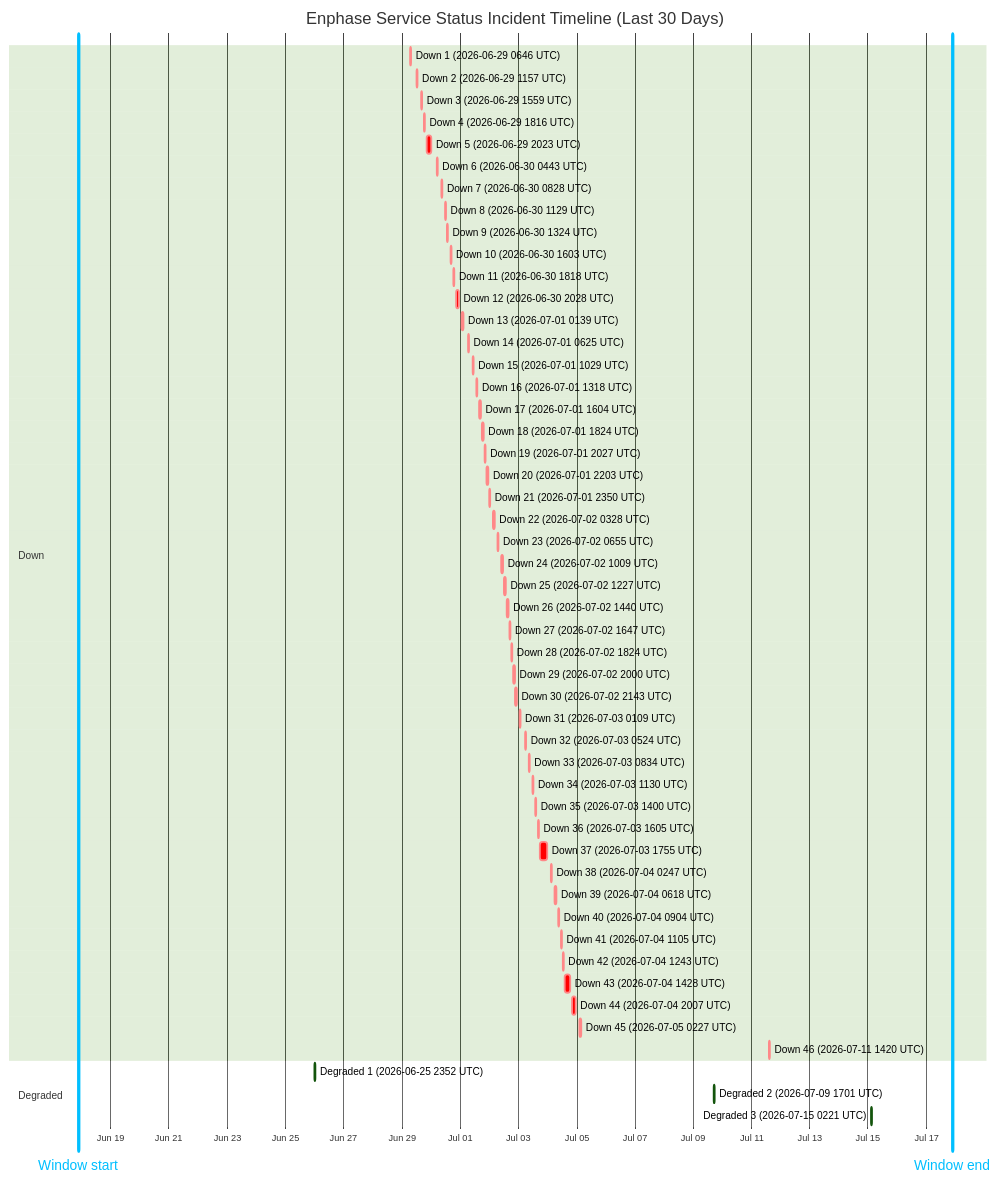
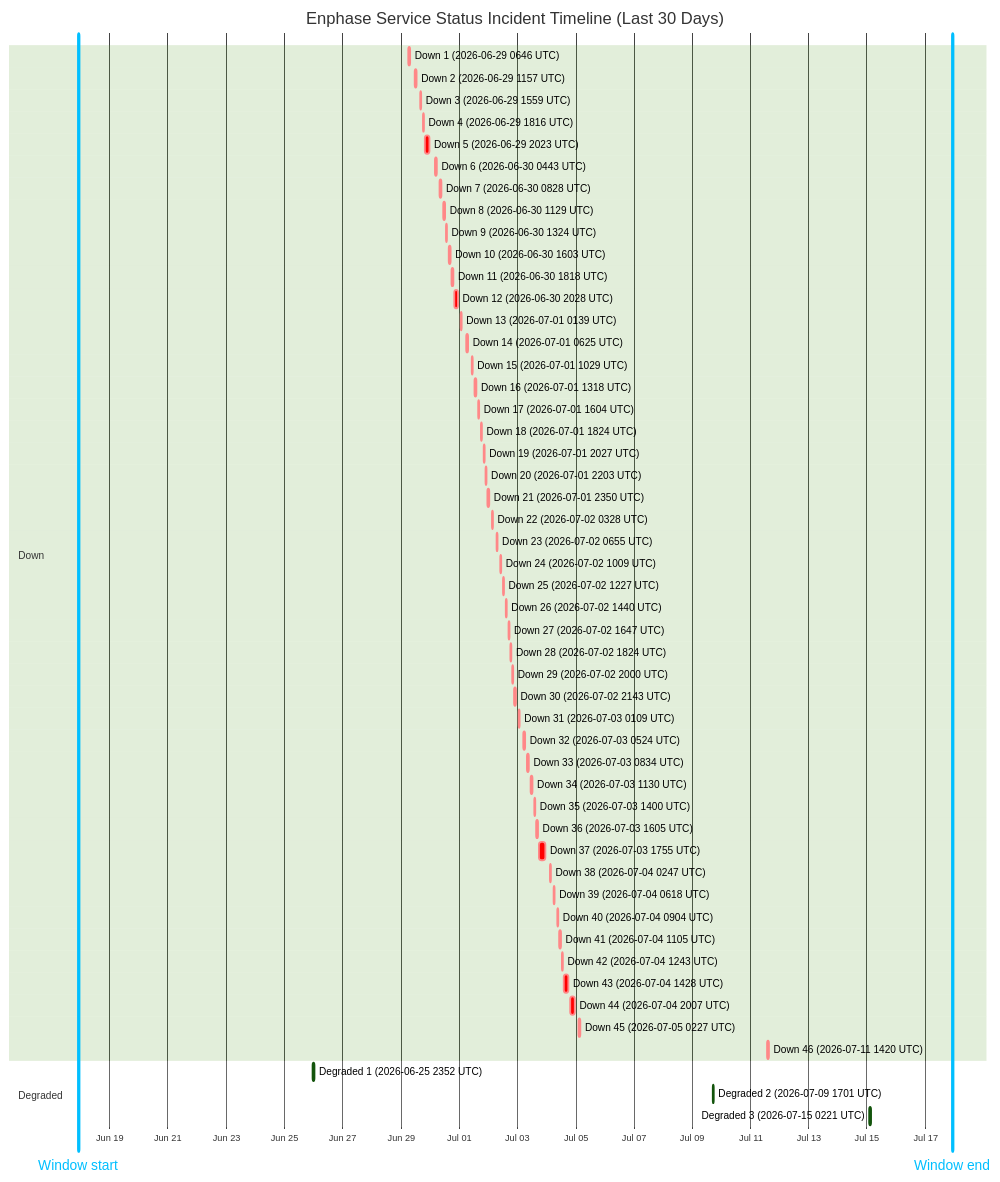
One commit to barneyonline/ha-enphase-energy changed the diagram in wiki/Service-Status-History.md. Above: the diagram before and after it, drawn with Mermaid (forest theme). The commit also changed other lines of this file and 3 other files, not shown here.

````diff
--- a/wiki/Service-Status-History.md
+++ b/wiki/Service-Status-History.md
@@ -14,59 +14,59 @@
 ```mermaid
 gantt
     title Enphase Service Status Incident Timeline (Last 30 Days)
     dateFormat  YYYY-MM-DDTHH:mm:ss
     axisFormat  %b %d
-    Window start :vert, window-start, 2026-06-17T21:21:25, 0ms
-    Window end :vert, window-end, 2026-07-17T21:21:25, 0ms
+    Window start :vert, window-start, 2026-06-17T22:20:20, 0ms
+    Window end :vert, window-end, 2026-07-17T22:20:20, 0ms
     section Down
     Down 1 (2026-06-29 0646 UTC) :crit, down-1, 2026-06-29T06:46:18, 60m
     Down 2 (2026-06-29 1157 UTC) :crit, down-2, 2026-06-29T11:57:36, 60m
     Down 3 (2026-06-29 1559 UTC) :crit, down-3, 2026-06-29T15:59:02, 60m
     Down 4 (2026-06-29 1816 UTC) :crit, down-4, 2026-06-29T18:16:38, 60m
     Down 5 (2026-06-29 2023 UTC) :crit, down-5, 2026-06-29T20:23:16, 220m
     Down 6 (2026-06-30 0443 UTC) :crit, down-6, 2026-06-30T04:43:54, 60m
     Down 7 (2026-06-30 0828 UTC) :crit, down-7, 2026-06-30T08:28:43, 60m
     Down 8 (2026-06-30 1129 UTC) :crit, down-8, 2026-06-30T11:29:15, 60m
     Down 9 (2026-06-30 1324 UTC) :crit, down-9, 2026-06-30T13:24:25, 60m
     Down 10 (2026-06-30 1603 UTC) :crit, down-10, 2026-06-30T16:03:26, 60m
     Down 11 (2026-06-30 1818 UTC) :crit, down-11, 2026-06-30T18:18:39, 60m
     Down 12 (2026-06-30 2028 UTC) :crit, down-12, 2026-06-30T20:28:54, 171m
     Down 13 (2026-07-01 0139 UTC) :crit, down-13, 2026-07-01T01:39:18, 60m
     Down 14 (2026-07-01 0625 UTC) :crit, down-14, 2026-07-01T06:25:35, 60m
     Down 15 (2026-07-01 1029 UTC) :crit, down-15, 2026-07-01T10:29:24, 60m
     Down 16 (2026-07-01 1318 UTC) :crit, down-16, 2026-07-01T13:18:31, 60m
     Down 17 (2026-07-01 1604 UTC) :crit, down-17, 2026-07-01T16:04:29, 60m
     Down 18 (2026-07-01 1824 UTC) :crit, down-18, 2026-07-01T18:24:21, 60m
     Down 19 (2026-07-01 2027 UTC) :crit, down-19, 2026-07-01T20:27:17, 60m
     Down 20 (2026-07-01 2203 UTC) :crit, down-20, 2026-07-01T22:03:46, 60m
     Down 21 (2026-07-01 2350 UTC) :crit, down-21, 2026-07-01T23:50:52, 60m
     Down 22 (2026-07-02 0328 UTC) :crit, down-22, 2026-07-02T03:28:33, 60m
     Down 23 (2026-07-02 0655 UTC) :crit, down-23, 2026-07-02T06:55:07, 60m
     Down 24 (2026-07-02 1009 UTC) :crit, down-24, 2026-07-02T10:09:15, 60m
     Down 25 (2026-07-02 1227 UTC) :crit, down-25, 2026-07-02T12:27:49, 60m
     Down 26 (2026-07-02 1440 UTC) :crit, down-26, 2026-07-02T14:40:53, 60m
     Down 27 (2026-07-02 1647 UTC) :crit, down-27, 2026-07-02T16:47:47, 60m
     Down 28 (2026-07-02 1824 UTC) :crit, down-28, 2026-07-02T18:24:26, 60m
     Down 29 (2026-07-02 2000 UTC) :crit, down-29, 2026-07-02T20:00:57, 60m
     Down 30 (2026-07-02 2143 UTC) :crit, down-30, 2026-07-02T21:43:52, 80m
     Down 31 (2026-07-03 0109 UTC) :crit, down-31, 2026-07-03T01:09:19, 60m
     Down 32 (2026-07-03 0524 UTC) :crit, down-32, 2026-07-03T05:24:23, 60m
     Down 33 (2026-07-03 0834 UTC) :crit, down-33, 2026-07-03T08:34:05, 60m
     Down 34 (2026-07-03 1130 UTC) :crit, down-34, 2026-07-03T11:30:41, 60m
     Down 35 (2026-07-03 1400 UTC) :crit, down-35, 2026-07-03T14:00:48, 60m
     Down 36 (2026-07-03 1605 UTC) :crit, down-36, 2026-07-03T16:05:49, 60m
     Down 37 (2026-07-03 1755 UTC) :crit, down-37, 2026-07-03T17:55:54, 338m
     Down 38 (2026-07-04 0247 UTC) :crit, down-38, 2026-07-04T02:47:22, 60m
     Down 39 (2026-07-04 0618 UTC) :crit, down-39, 2026-07-04T06:18:09, 60m
     Down 40 (2026-07-04 0904 UTC) :crit, down-40, 2026-07-04T09:04:41, 60m
     Down 41 (2026-07-04 1105 UTC) :crit, down-41, 2026-07-04T11:05:21, 60m
     Down 42 (2026-07-04 1243 UTC) :crit, down-42, 2026-07-04T12:43:25, 60m
     Down 43 (2026-07-04 1428 UTC) :crit, down-43, 2026-07-04T14:28:07, 243m
     Down 44 (2026-07-04 2007 UTC) :crit, down-44, 2026-07-04T20:07:50, 206m
     Down 45 (2026-07-05 0227 UTC) :crit, down-45, 2026-07-05T02:27:32, 109m
     Down 46 (2026-07-11 1420 UTC) :crit, down-46, 2026-07-11T14:20:54, 69m
     section Degraded
     Degraded 1 (2026-06-25 2352 UTC) :active, degraded-1, 2026-06-25T23:52:01, 60m
     Degraded 2 (2026-07-09 1701 UTC) :active, degraded-2, 2026-07-09T17:01:02, 60m
     Degraded 3 (2026-07-15 0221 UTC) :active, degraded-3, 2026-07-15T02:21:35, 60m
 ```
````
